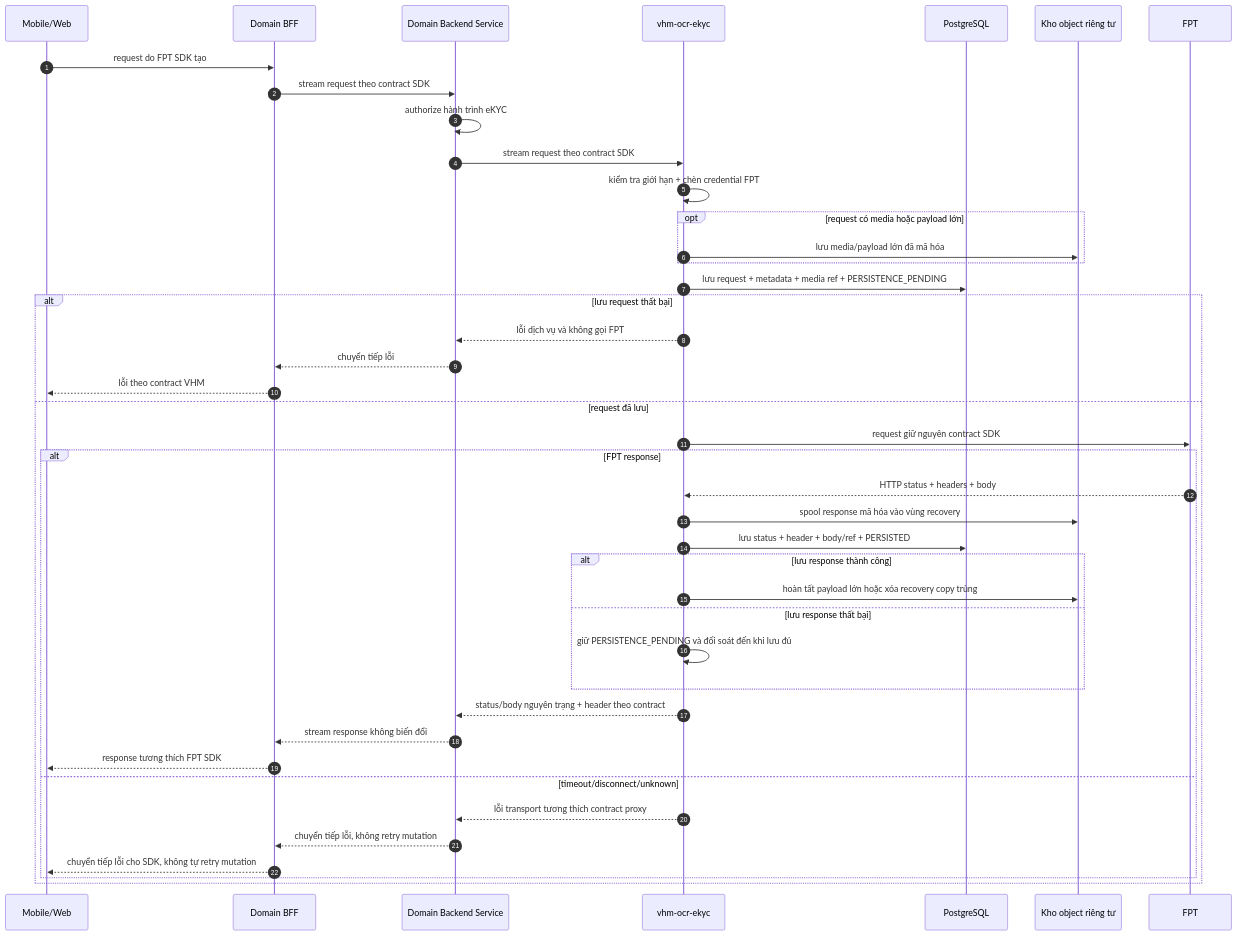
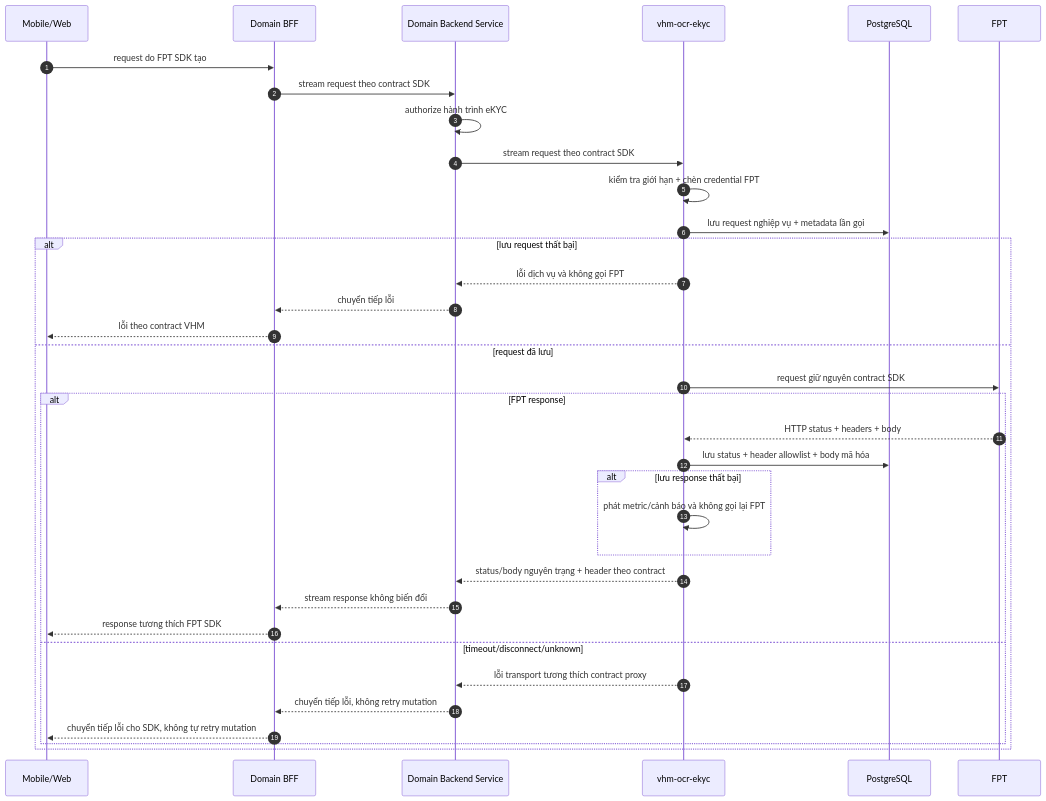
Before and after one commit to huynv-xyz/vhm: diagram 11 of 12 in tdd-ocr-ekyc.md, drawn with Mermaid. The commit also changed other lines of this file, not shown here.

````diff
--- a/tdd-ocr-ekyc.md
+++ b/tdd-ocr-ekyc.md
@@ -1138,45 +1154,38 @@
-  ```mermaid
-  sequenceDiagram
-      autonumber
-      participant C as Mobile/Web
-      participant B as Domain BFF
-      participant N as Domain Backend Service
-      participant E as vhm-ocr-ekyc
-      participant D as PostgreSQL
-      participant S as Kho object riêng tư
-      participant F as FPT
+```mermaid
+sequenceDiagram
+    autonumber
+    participant C as Mobile/Web
+    participant B as Domain BFF
+    participant N as Domain Backend Service
+    participant E as vhm-ocr-ekyc
+    participant D as PostgreSQL
+    participant F as FPT
 
-      C->>B: request do FPT SDK tạo
-      B->>N: stream request theo contract SDK
-      N->>N: authorize hành trình eKYC
-      N->>E: stream request theo contract SDK
-      E->>E: kiểm tra giới hạn + chèn credential FPT
-      opt request có media hoặc payload lớn
-          E->>S: lưu media/payload lớn đã mã hóa
+    C->>B: request do FPT SDK tạo
+    B->>N: stream request theo contract SDK
+    N->>N: authorize hành trình eKYC
+    N->>E: stream request theo contract SDK
+    E->>E: kiểm tra giới hạn + chèn credential FPT
+    E->>D: lưu request nghiệp vụ + metadata lần gọi
+    alt lưu request thất bại
+        E-->>N: lỗi dịch vụ và không gọi FPT
+        N-->>B: chuyển tiếp lỗi
+        B-->>C: lỗi theo contract VHM
+    else request đã lưu
+    E->>F: request giữ nguyên contract SDK
+      alt FPT response
+        F-->>E: HTTP status + headers + body
+        E->>D: lưu status + header allowlist + body mã hóa
+        alt lưu response thất bại
+            E->>E: phát metric/cảnh báo và không gọi lại FPT
+        end
+        E-->>N: status/body nguyên trạng + header theo contract
+        N-->>B: stream response không biến đổi
+        B-->>C: response tương thích FPT SDK
+      else timeout/disconnect/unknown
+        E-->>N: lỗi transport tương thích contract proxy
+        N-->>B: chuyển tiếp lỗi, không retry mutation
+        B-->>C: chuyển tiếp lỗi cho SDK, không tự retry mutation
       end
-      E->>D: lưu request + metadata + media ref + PERSISTENCE_PENDING
-      alt lưu request thất bại
-          E-->>N: lỗi dịch vụ và không gọi FPT
-          N-->>B: chuyển tiếp lỗi
-          B-->>C: lỗi theo contract VHM
-      else request đã lưu
-      E->>F: request giữ nguyên contract SDK
-        alt FPT response
-          F-->>E: HTTP status + headers + body
-          E->>S: spool response mã hóa vào vùng recovery
-          E->>D: lưu status + header + body/ref + PERSISTED
-          alt lưu response thành công
-              E->>S: hoàn tất payload lớn hoặc xóa recovery copy trùng
-          else lưu response thất bại
-              E->>E: giữ PERSISTENCE_PENDING và đối soát đến khi lưu đủ
-          end
-          E-->>N: status/body nguyên trạng + header theo contract
-          N-->>B: stream response không biến đổi
-          B-->>C: response tương thích FPT SDK
-        else timeout/disconnect/unknown
-          E-->>N: lỗi transport tương thích contract proxy
-          N-->>B: chuyển tiếp lỗi, không retry mutation
-          B-->>C: chuyển tiếp lỗi cho SDK, không tự retry mutation
-        end
-      end
-  ```
+    end
+```
````
